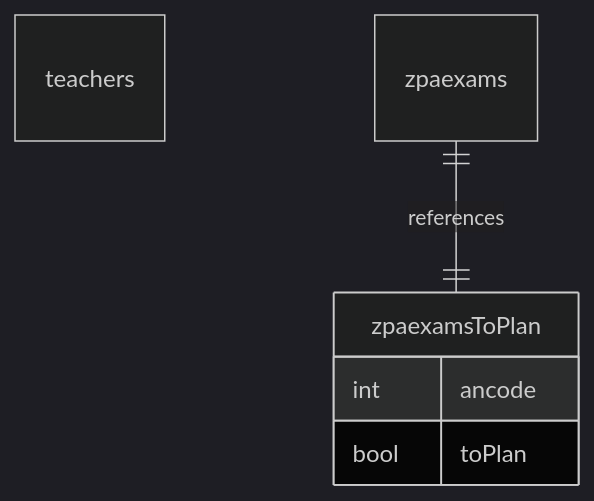
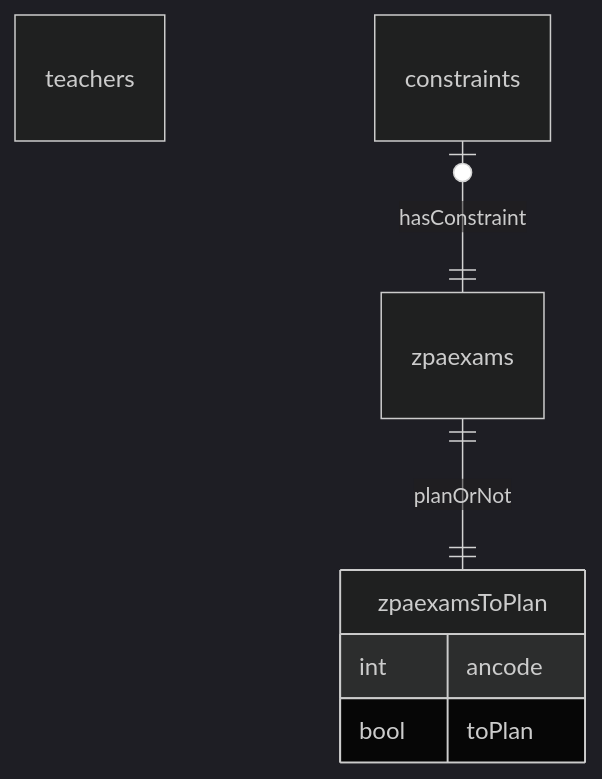
One commit to obcode/plexams.go changed the diagram in README.md. Above: the diagram before and after it, drawn with Mermaid (dark theme).

Commit message:
constraints

````diff
--- a/README.md
+++ b/README.md
@@ -10,10 +10,11 @@
 ```mermaid
 erDiagram
     teachers
     zpaexams
     zpaexamsToPlan {
         int ancode
         bool toPlan
     }
-    zpaexams ||--|| zpaexamsToPlan: references
+    zpaexams ||--|| zpaexamsToPlan: planOrNot
+    constraints |o--|| zpaexams: hasConstraint
 ```
````
